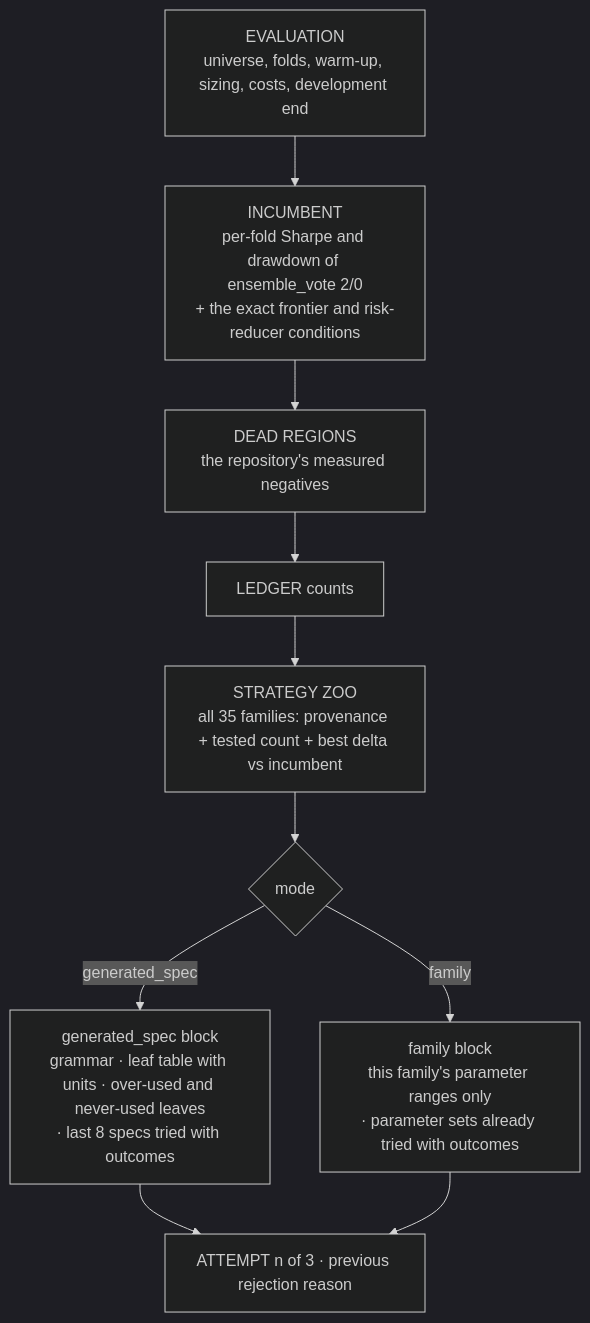
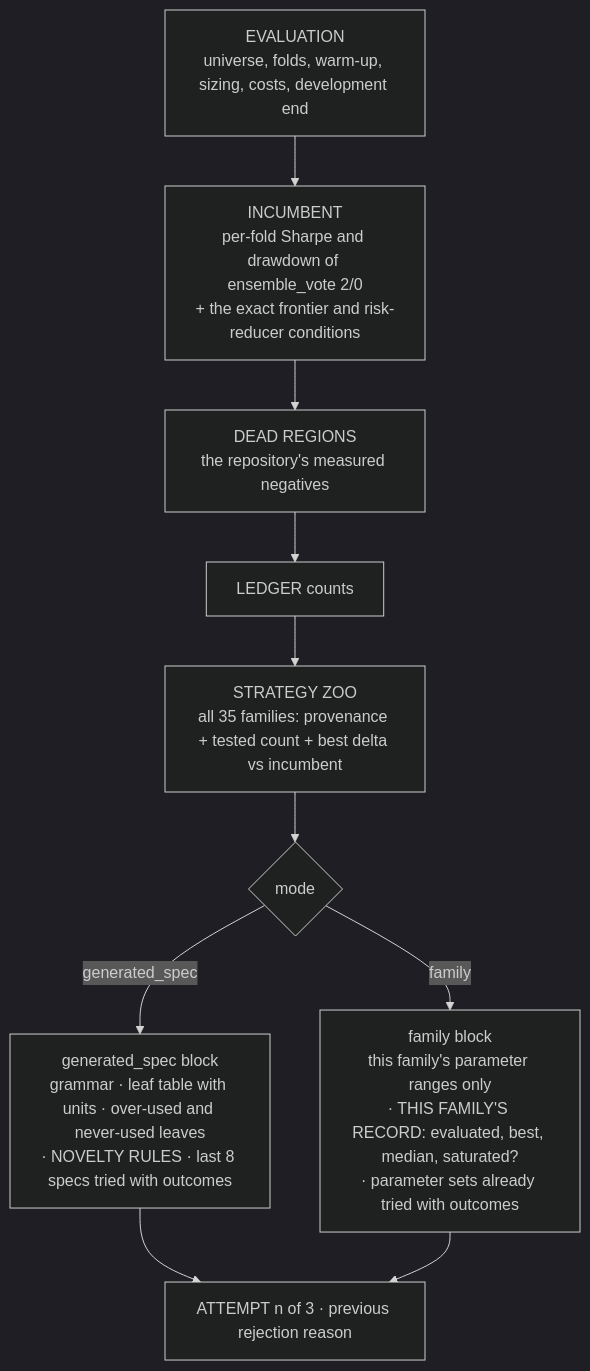
One commit to 0D15E0/matched-null-research-supervisor changed the diagram in docs/PROMPTS_AND_MODELS.md. Above: the diagram before and after it, drawn with Mermaid (dark theme). The commit also changed other lines of this file and 10 other files, not shown here.

````diff
--- a/docs/PROMPTS_AND_MODELS.md
+++ b/docs/PROMPTS_AND_MODELS.md
@@ -21,15 +21,15 @@
 ```mermaid
 flowchart TD
     A["EVALUATION<br/>universe, folds, warm-up, sizing, costs, development end"]
     B["INCUMBENT<br/>per-fold Sharpe and drawdown of ensemble_vote 2/0<br/>+ the exact frontier and risk-reducer conditions"]
     C["DEAD REGIONS<br/>the repository's measured negatives"]
     D["LEDGER counts"]
     E["STRATEGY ZOO<br/>all 35 families: provenance + tested count + best delta vs incumbent"]
     F{mode}
-    G["generated_spec block<br/>grammar · leaf table with units · over-used and never-used leaves<br/>· last 8 specs tried with outcomes"]
-    H["family block<br/>this family's parameter ranges only<br/>· parameter sets already tried with outcomes"]
+    G["generated_spec block<br/>grammar · leaf table with units · over-used and never-used leaves<br/>· NOVELTY RULES · last 8 specs tried with outcomes"]
+    H["family block<br/>this family's parameter ranges only<br/>· THIS FAMILY'S RECORD: evaluated, best, median, saturated?<br/>· parameter sets already tried with outcomes"]
     I["ATTEMPT n of 3 · previous rejection reason"]
     A --> B --> C --> D --> E --> F
     F -- generated_spec --> G --> I
     F -- family --> H --> I
 ```
````
